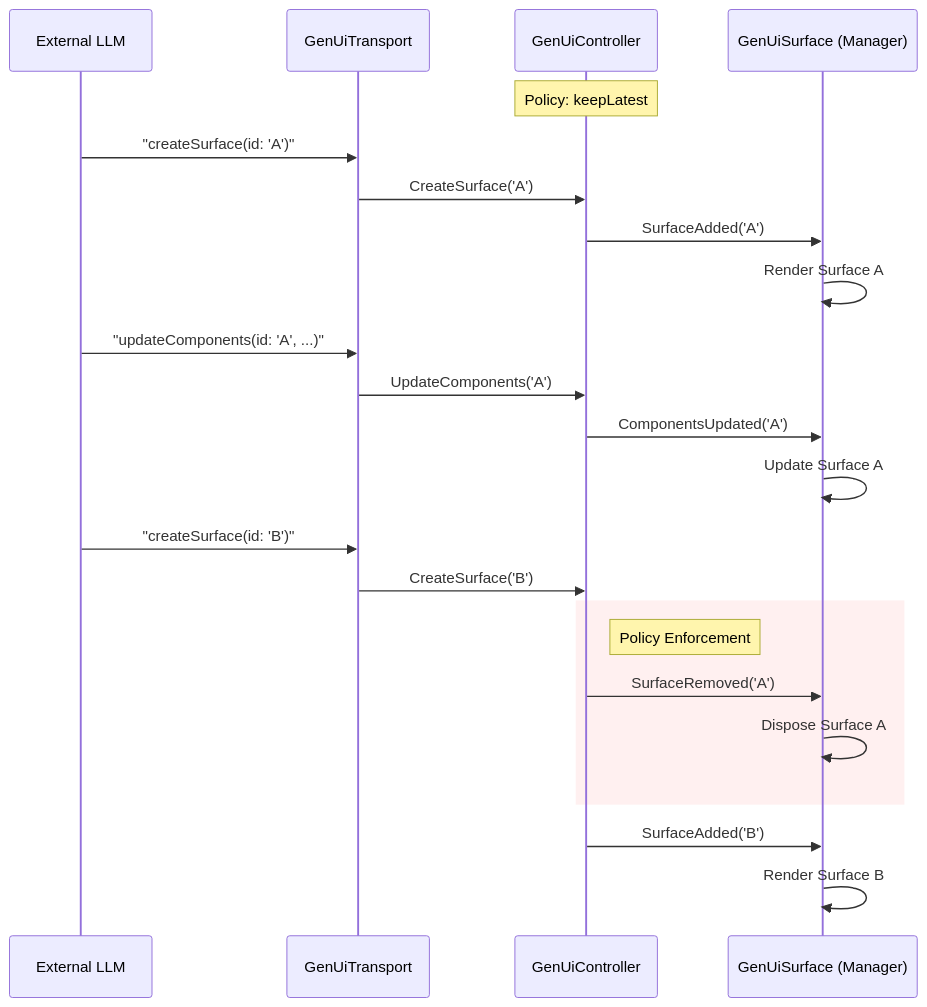
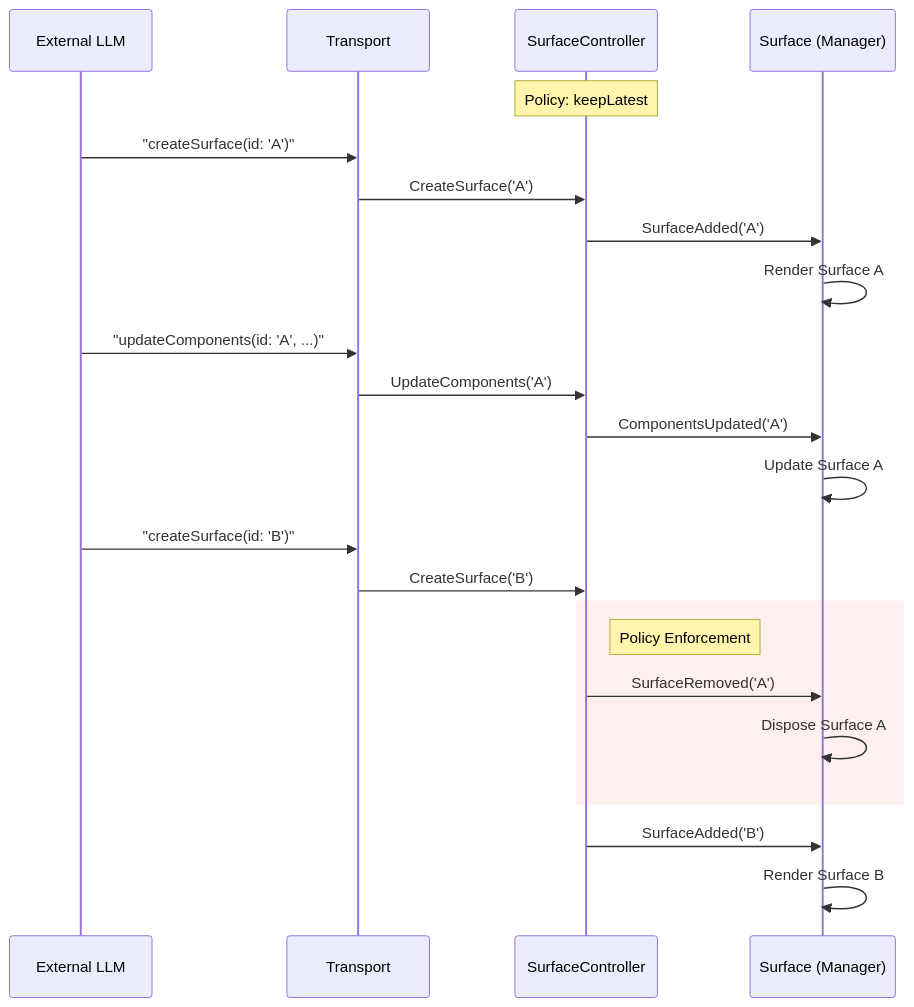
One commit to polina-c/genui changed the fourth of 4 diagrams in packages/genui/docs/Design_Proposal.md. Above: the diagram before and after it, drawn with Mermaid. The commit also changed other lines of this file and 22 other files, not shown here.

````diff
--- a/packages/genui/docs/Design_Proposal.md
+++ b/packages/genui/docs/Design_Proposal.md
@@ -294,31 +294,31 @@
 ```mermaid
 sequenceDiagram
     participant LLM as External LLM
-    participant Transport as GenUiTransport
-    participant Controller as GenUiController
-    participant UI as GenUiSurface (Manager)
+    participant Transport as Transport
+    participant Controller as SurfaceController
+    participant UI as Surface (Manager)
 
     Note over Controller: Policy: keepLatest
 
     LLM->>Transport: "createSurface(id: 'A')"
     Transport->>Controller: CreateSurface('A')
     Controller->>UI: SurfaceAdded('A')
     UI->>UI: Render Surface A
 
     LLM->>Transport: "updateComponents(id: 'A', ...)"
     Transport->>Controller: UpdateComponents('A')
     Controller->>UI: ComponentsUpdated('A')
     UI->>UI: Update Surface A
 
     LLM->>Transport: "createSurface(id: 'B')"
     Transport->>Controller: CreateSurface('B')
 
     rect rgb(255, 240, 240)
         Note right of Controller: Policy Enforcement
         Controller->>UI: SurfaceRemoved('A')
         UI->>UI: Dispose Surface A
     end
 
     Controller->>UI: SurfaceAdded('B')
     UI->>UI: Render Surface B
 ```
````
